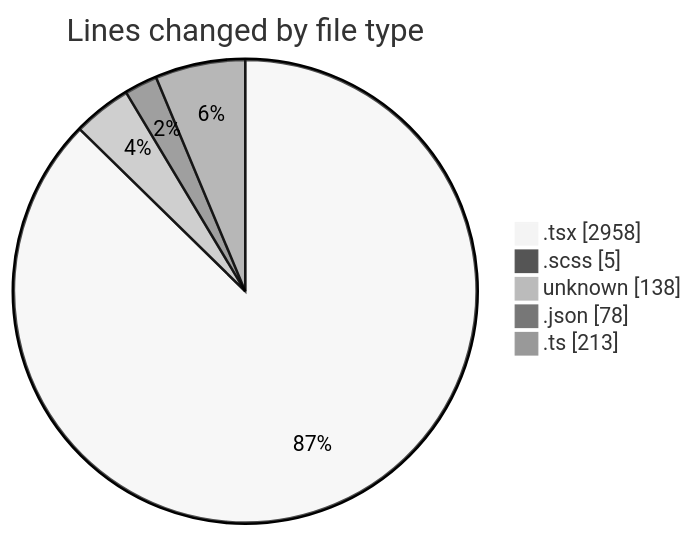
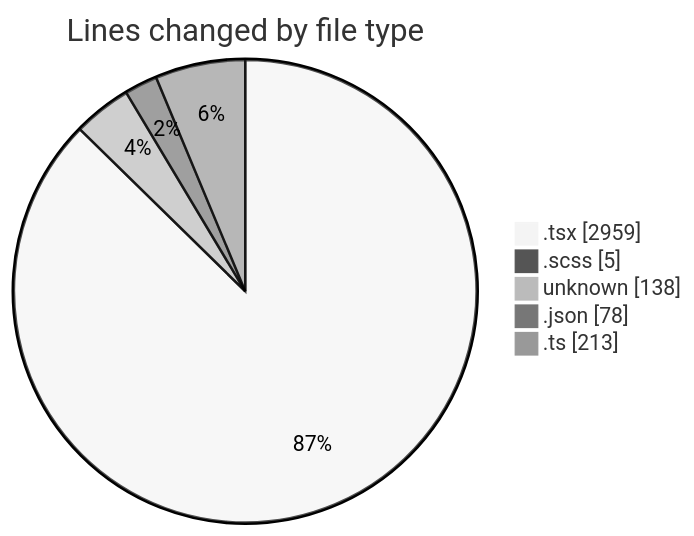
The first of 2 diagrams in 2026-10-13/cda/README.md (momahboobian/code-tracking), drawn with Mermaid (neutral theme) before and after one commit. The commit also changed other lines of this file and 1 other file, not shown here.

````diff
--- a/2026-10-13/cda/README.md
+++ b/2026-10-13/cda/README.md
@@ -38,9 +38,9 @@
 ```mermaid
 pie showData
 title Lines changed by file type
-".tsx" : 2958
+".tsx" : 2959
 ".scss" : 5
 "unknown" : 138
 ".json" : 78
 ".ts" : 213
 ```
````
